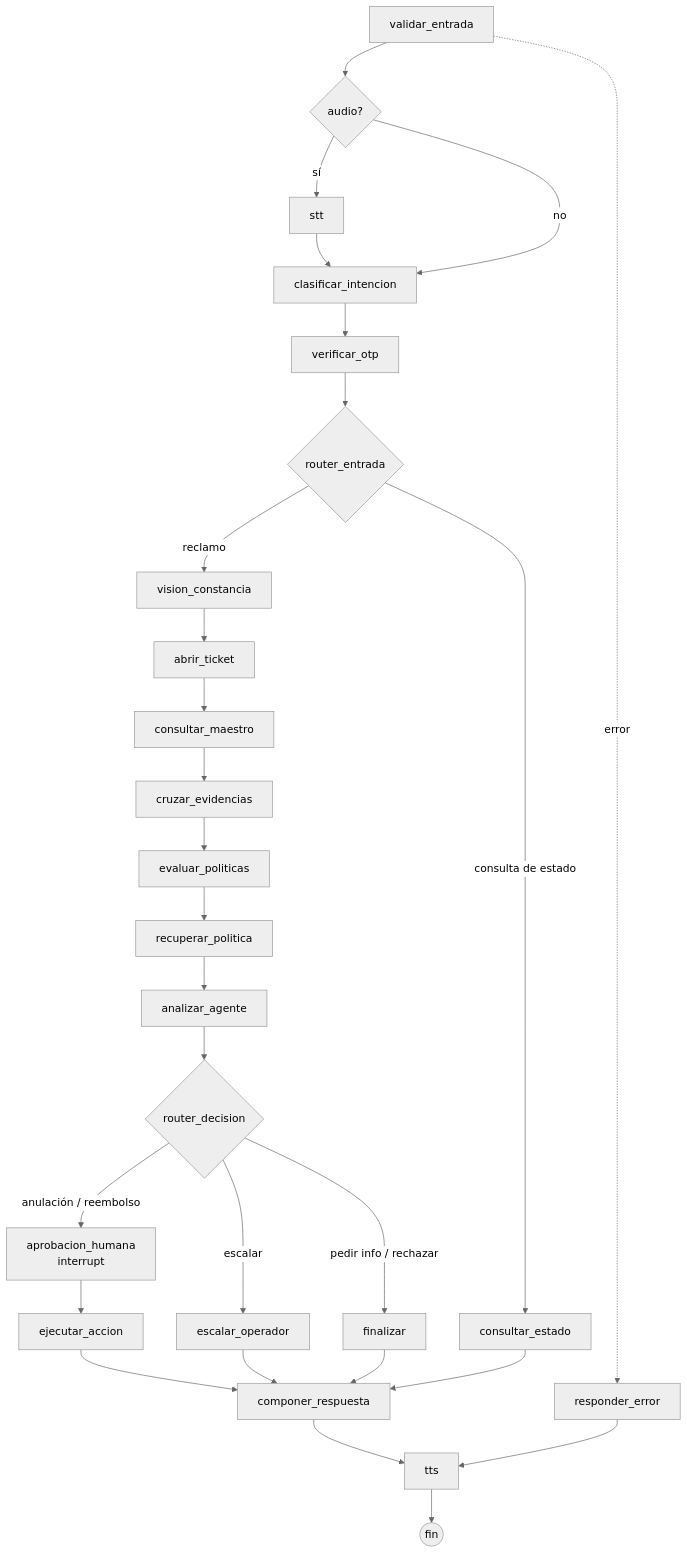
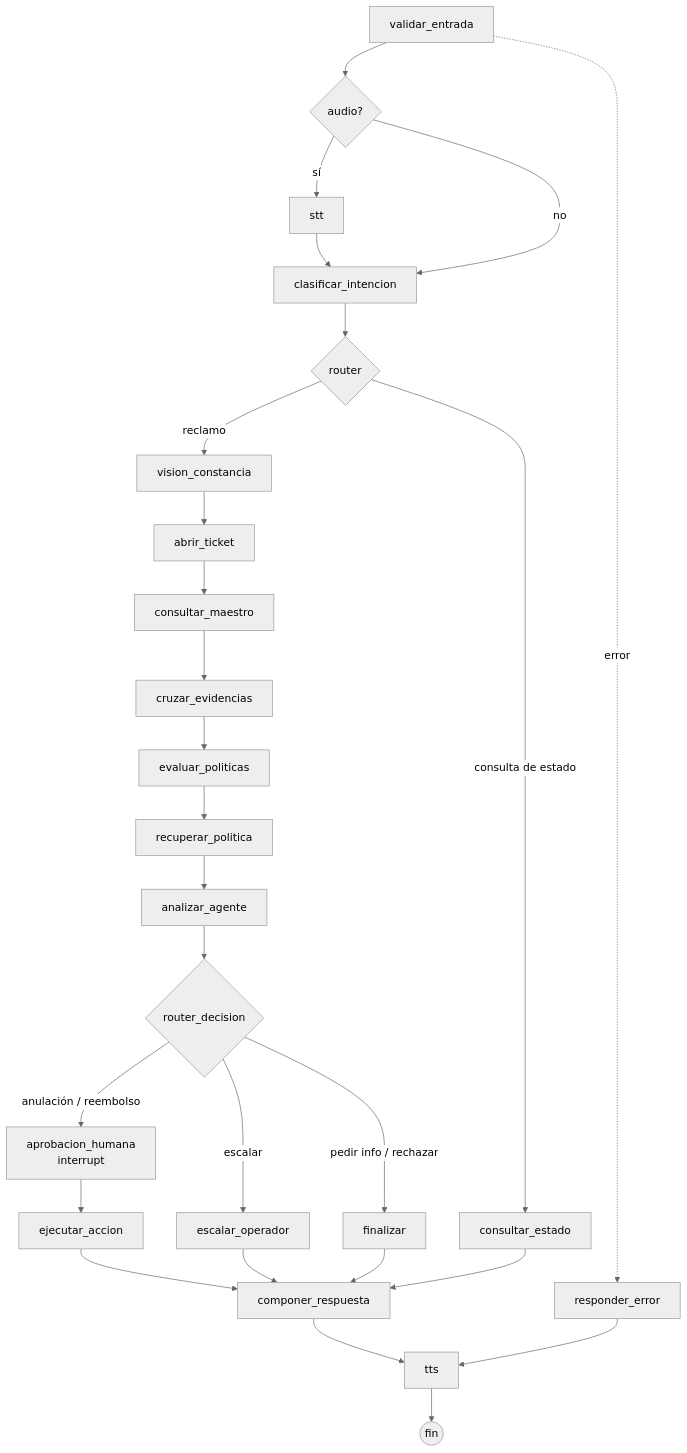
Before and after one commit to AdrianN17/CursoMultimodalProyectoFinalDSRP: the second of 2 diagrams in docs/arquitectura.md, drawn with Mermaid (neutral theme). The commit also changed other lines of this file and 58 other files, not shown here.

````diff
--- a/docs/arquitectura.md
+++ b/docs/arquitectura.md
@@ -35,20 +35,20 @@
 ```mermaid
 flowchart TD
   A[validar_entrada] --> B{audio?}
   B -- sí --> C[stt] --> D
   B -- no --> D[clasificar_intencion]
-  D --> E[verificar_otp] --> F{router_entrada}
+  D --> F{router}
   F -- consulta de estado --> S[consultar_estado]
   F -- reclamo --> V[vision_constancia] --> T[abrir_ticket] --> M[consultar_maestro]
   M --> X[cruzar_evidencias] --> P[evaluar_politicas] --> R[recuperar_politica] --> AG[analizar_agente]
   AG --> RD{router_decision}
   RD -- anulación / reembolso --> H[aprobacion_humana<br/>interrupt] --> EA[ejecutar_accion]
   RD -- escalar --> ES[escalar_operador]
   RD -- pedir info / rechazar --> FI[finalizar]
   EA --> CR[componer_respuesta]
   ES --> CR
   FI --> CR
   S --> CR
   CR --> TTS[tts] --> END((fin))
   A -. error .-> ERR[responder_error] --> TTS
 ```
````
